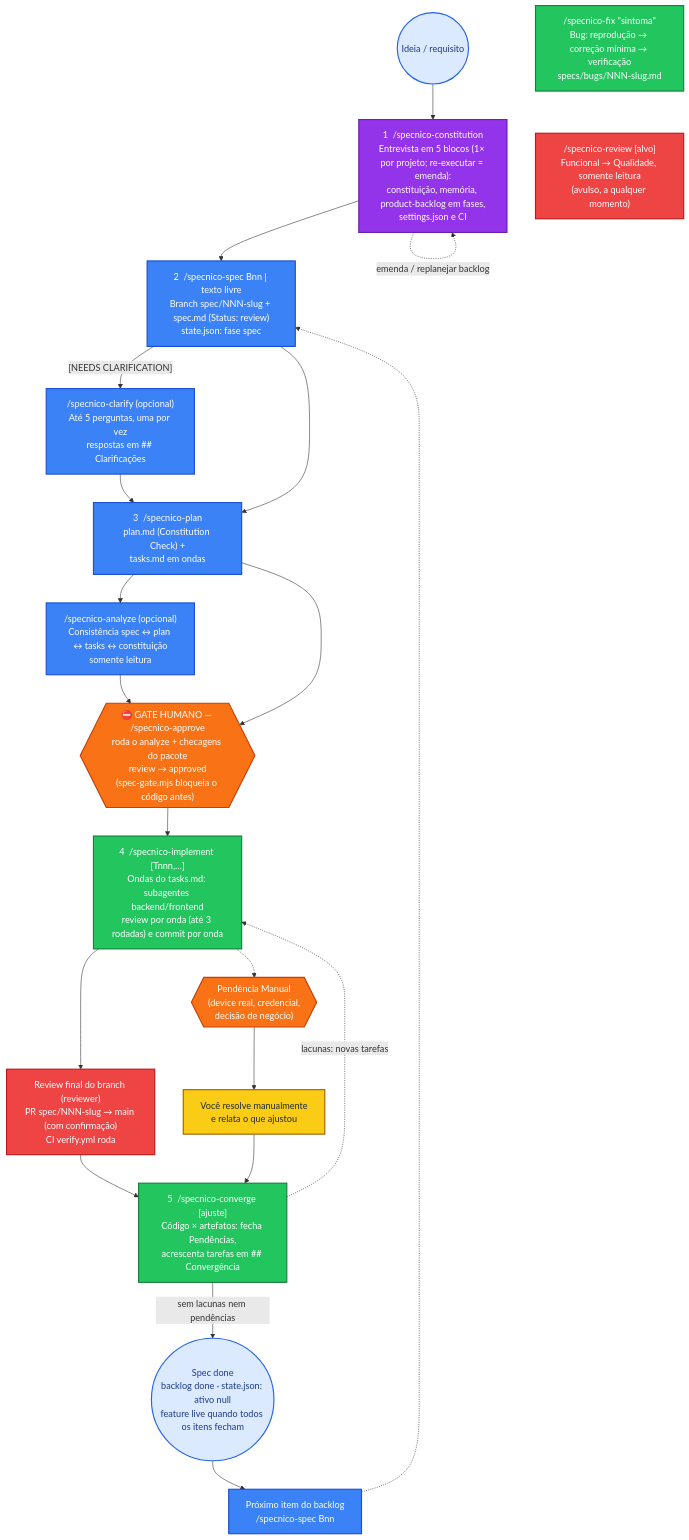
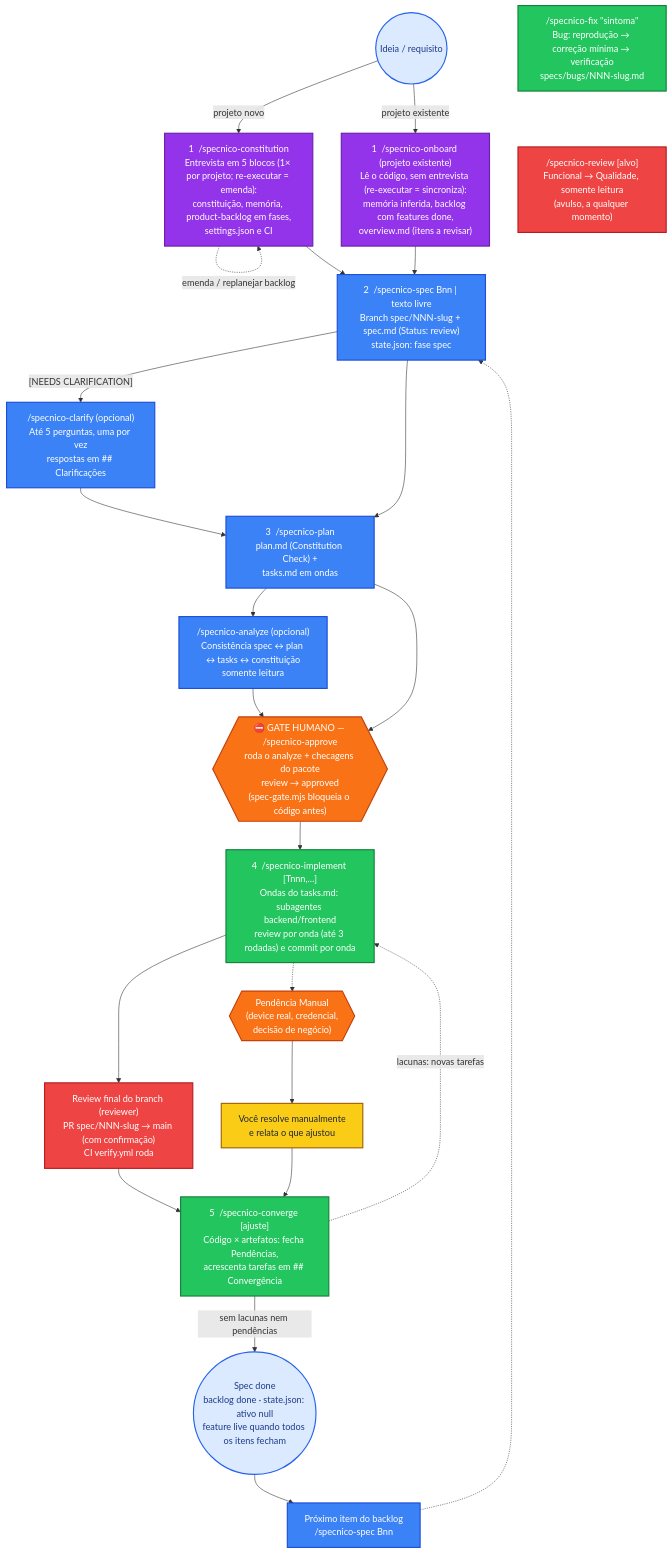
Before and after one commit to robertourias/scaffold-ia-projetos: the diagram in meta/assets/fluxo-workflow.mmd, drawn with Mermaid. The commit also changed 18 other files, not shown here.

First line of the commit message:
feat: /specnico-onboard para projetos existentes (2.1.0)

```diff
--- a/meta/assets/fluxo-workflow.mmd
+++ b/meta/assets/fluxo-workflow.mmd
@@ -1,48 +1,50 @@
 graph TD
   Start(("Ideia / requisito"))
   Const["1  /specnico-constitution<br/>Entrevista em 5 blocos (1× por projeto; re-executar = emenda):<br/>constituição, memória, product-backlog em fases,<br/>settings.json e CI"]
+  Onboard["1  /specnico-onboard (projeto existente)<br/>Lê o código, sem entrevista (re-executar = sincroniza):<br/>memória inferida, backlog com features done,<br/>overview.md (itens a revisar)"]
   Spec["2  /specnico-spec Bnn | texto livre<br/>Branch spec/NNN-slug + spec.md (Status: review)<br/>state.json: fase spec"]
   Clarify["/specnico-clarify (opcional)<br/>Até 5 perguntas, uma por vez<br/>respostas em ## Clarificações"]
   Plan["3  /specnico-plan<br/>plan.md (Constitution Check) +<br/>tasks.md em ondas"]
   Analyze["/specnico-analyze (opcional)<br/>Consistência spec ↔ plan ↔ tasks ↔ constituição<br/>somente leitura"]
   Gate{{"⛔ GATE HUMANO — /specnico-approve<br/>roda o analyze + checagens do pacote<br/>review → approved<br/>(spec-gate.mjs bloqueia o código antes)"}}
   Impl["4  /specnico-implement [Tnnn,…]<br/>Ondas do tasks.md: subagentes backend/frontend<br/>review por onda (até 3 rodadas) e commit por onda"]
   Pend{{"Pendência Manual<br/>(device real, credencial,<br/>decisão de negócio)"}}
   Resolve["Você resolve manualmente<br/>e relata o que ajustou"]
   FinalReview["Review final do branch (reviewer)<br/>PR spec/NNN-slug → main (com confirmação)<br/>CI verify.yml roda"]
   Conv["5  /specnico-converge [ajuste]<br/>Código × artefatos: fecha Pendências,<br/>acrescenta tarefas em ## Convergência"]
   Done(("Spec done<br/>backlog done · state.json: ativo null<br/>feature live quando todos os itens fecham"))
   Fix["/specnico-fix &quot;sintoma&quot;<br/>Bug: reprodução → correção mínima → verificação<br/>specs/bugs/NNN-slug.md"]
   Review["/specnico-review [alvo]<br/>Funcional → Qualidade, somente leitura<br/>(avulso, a qualquer momento)"]
   Next["Próximo item do backlog<br/>/specnico-spec Bnn"]
 
-  Start --> Const --> Spec
+  Start -->|"projeto novo"| Const --> Spec
+  Start -->|"projeto existente"| Onboard --> Spec
   Spec -->|"[NEEDS CLARIFICATION]"| Clarify --> Plan
   Spec --> Plan
   Plan --> Analyze --> Gate
   Plan --> Gate
   Gate --> Impl
   Impl --> FinalReview --> Conv
   Impl -.-> Pend --> Resolve --> Conv
   Conv -. "lacunas: novas tarefas" .-> Impl
   Conv -->|"sem lacunas nem pendências"| Done
   Done --> Next
   Next -.-> Spec
   Const -. "emenda / replanejar backlog" .-> Const
   Fix ~~~ Review
 
   classDef start fill:#dbeafe,stroke:#2563eb,stroke-width:2px,color:#1e3a8a;
   classDef initStyle fill:#9333ea,stroke:#6b21a8,stroke-width:2px,color:#ffffff;
   classDef flowStyle fill:#3b82f6,stroke:#1d4ed8,stroke-width:2px,color:#ffffff;
   classDef gateStyle fill:#f97316,stroke:#c2410c,stroke-width:2px,color:#ffffff;
   classDef workStyle fill:#22c55e,stroke:#15803d,stroke-width:2px,color:#ffffff;
   classDef reviewStyle fill:#ef4444,stroke:#b91c1c,stroke-width:2px,color:#ffffff;
   classDef noteStyle fill:#facc15,stroke:#a16207,stroke-width:2px,color:#1f2937;
 
   class Start,Done start;
-  class Const initStyle;
+  class Const,Onboard initStyle;
   class Gate,Pend gateStyle;
   class Spec,Clarify,Plan,Analyze,Next flowStyle;
   class Impl,Conv,Fix workStyle;
   class Review,FinalReview reviewStyle;
   class Resolve noteStyle;
```
